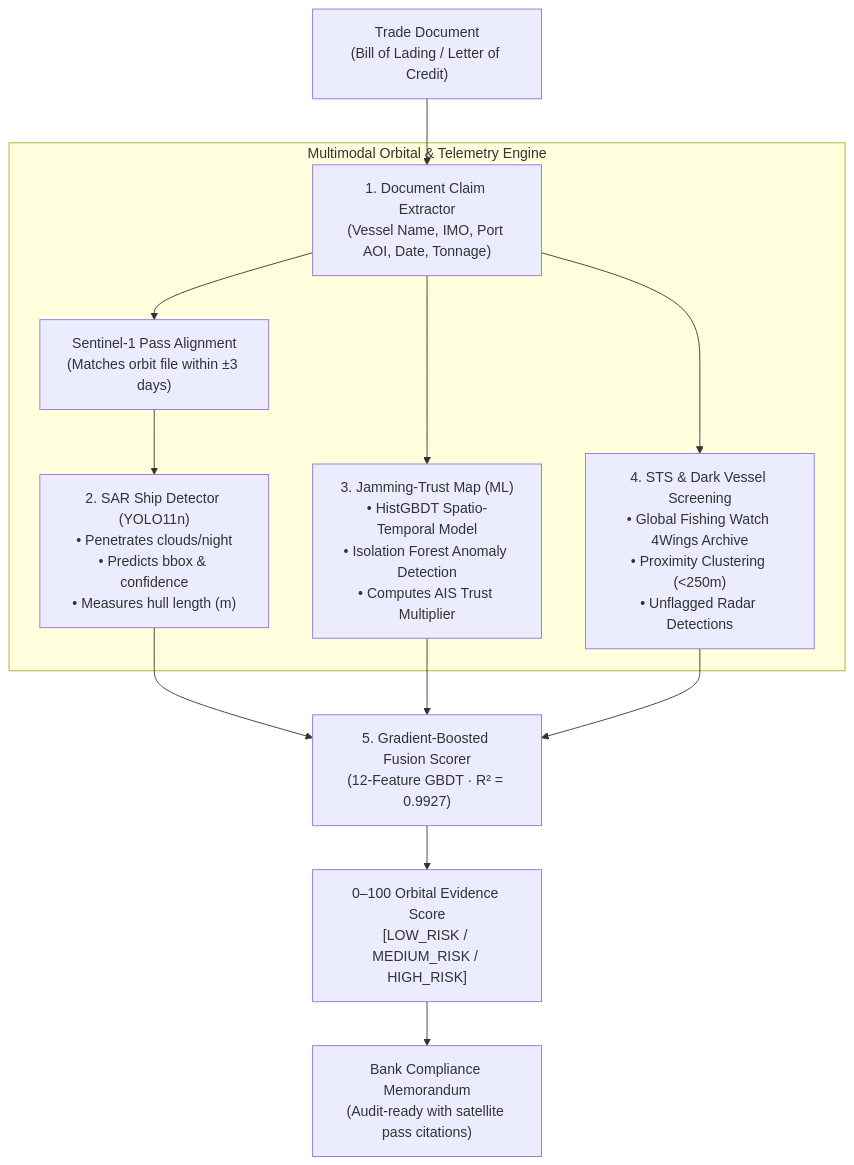
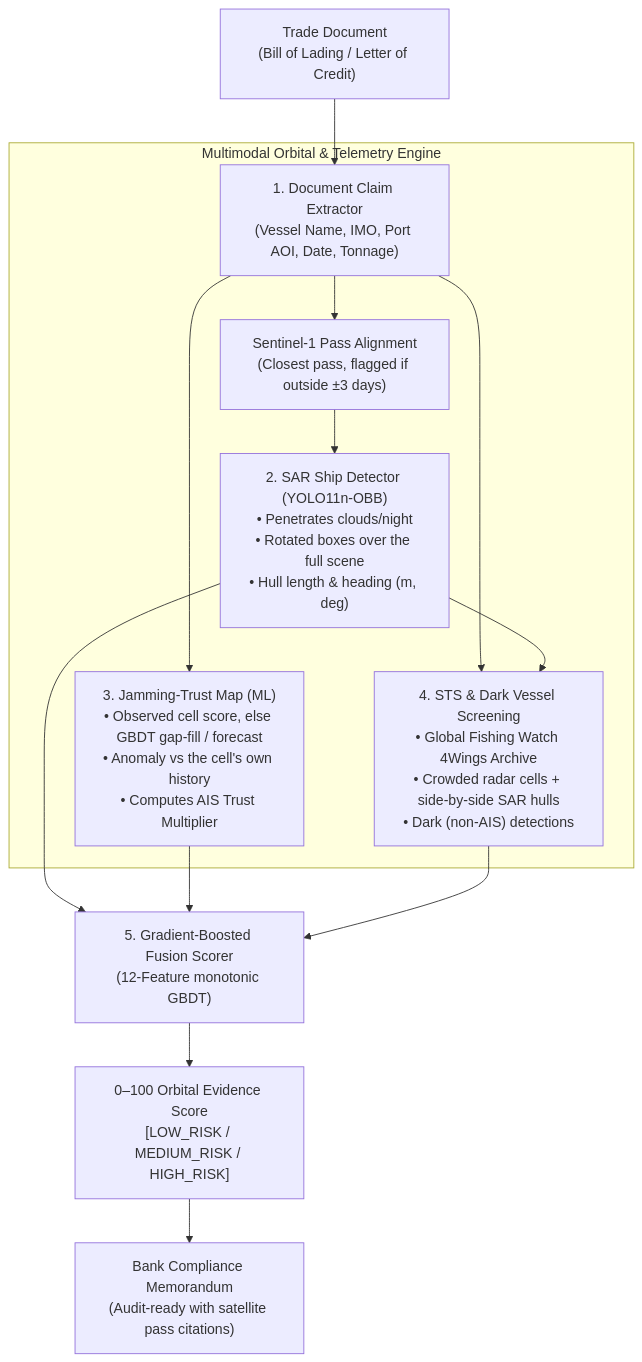
One commit to sreesh-codes/SpaceWeek changed the diagram in README.md. Above: the diagram before and after it, drawn with Mermaid. The commit also changed other lines of this file, not shown here.

````diff
--- a/README.md
+++ b/README.md
@@ -71,20 +72,21 @@
 ```mermaid
 flowchart TD
     BL["Trade Document<br/>(Bill of Lading / Letter of Credit)"] --> N1["1. Document Claim Extractor<br/>(Vessel Name, IMO, Port AOI, Date, Tonnage)"]
     
     subgraph Space_Telemetry["Multimodal Orbital & Telemetry Engine"]
-        N1 --> ACQ["Sentinel-1 Pass Alignment<br/>(Matches orbit file within ±3 days)"]
-        ACQ --> M1["2. SAR Ship Detector (YOLO11n)<br/>• Penetrates clouds/night<br/>• Predicts bbox & confidence<br/>• Measures hull length (m)"]
+        N1 --> ACQ["Sentinel-1 Pass Alignment<br/>(Closest pass, flagged if outside ±3 days)"]
+        ACQ --> M1["2. SAR Ship Detector (YOLO11n-OBB)<br/>• Penetrates clouds/night<br/>• Rotated boxes over the full scene<br/>• Hull length & heading (m, deg)"]
         
-        N1 --> M2["3. Jamming-Trust Map (ML)<br/>• HistGBDT Spatio-Temporal Model<br/>• Isolation Forest Anomaly Detection<br/>• Computes AIS Trust Multiplier"]
+        N1 --> M2["3. Jamming-Trust Map (ML)<br/>• Observed cell score, else GBDT gap-fill / forecast<br/>• Anomaly vs the cell's own history<br/>• Computes AIS Trust Multiplier"]
         
-        N1 --> M3["4. STS & Dark Vessel Screening<br/>• Global Fishing Watch 4Wings Archive<br/>• Proximity Clustering (<250m)<br/>• Unflagged Radar Detections"]
+        N1 --> M3["4. STS & Dark Vessel Screening<br/>• Global Fishing Watch 4Wings Archive<br/>• Crowded radar cells + side-by-side SAR hulls<br/>• Dark (non-AIS) detections"]
+        M1 --> M3
     end
     
-    M1 --> FUSE["5. Gradient-Boosted Fusion Scorer<br/>(12-Feature GBDT · R² = 0.9927)"]
+    M1 --> FUSE["5. Gradient-Boosted Fusion Scorer<br/>(12-Feature monotonic GBDT)"]
     M2 --> FUSE
     M3 --> FUSE
     
     FUSE --> SCORE["0–100 Orbital Evidence Score<br/>[LOW_RISK / MEDIUM_RISK / HIGH_RISK]"]
     SCORE --> MEMO["Bank Compliance Memorandum<br/>(Audit-ready with satellite pass citations)"]
 ```
````
